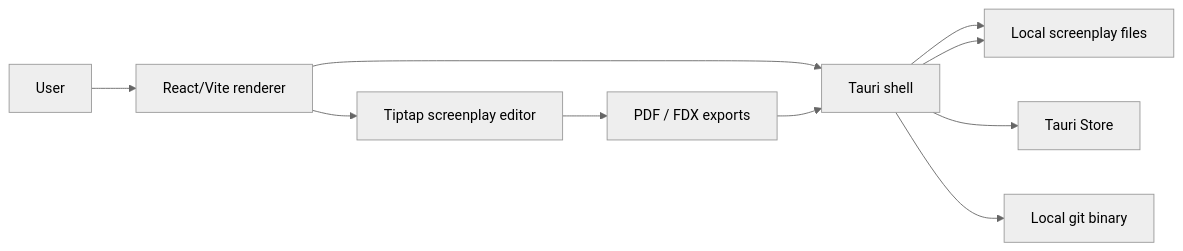
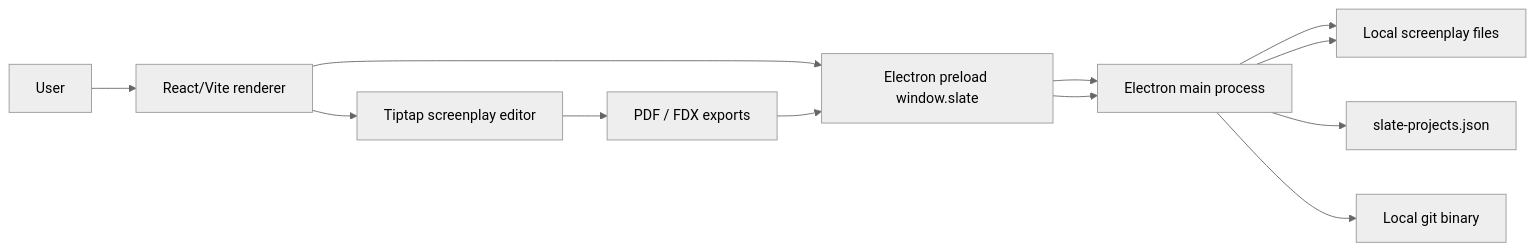
One commit to rckbrcls/slate changed the first of 2 diagrams in docs/architecture.md. Above: the diagram before and after it, drawn with Mermaid (neutral theme). The commit also changed other lines of this file and 64 other files, not shown here.

Commit message:
Migrate desktop shell to Electron

````diff
--- a/docs/architecture.md
+++ b/docs/architecture.md
@@ -12,21 +13,24 @@
 ```mermaid
 flowchart LR
   User["User"]
   Renderer["React/Vite renderer"]
   Editor["Tiptap screenplay editor"]
-  Tauri["Tauri shell"]
+  Preload["Electron preload window.slate"]
+  Main["Electron main process"]
   Disk["Local screenplay files"]
-  Store["Tauri Store"]
+  Store["slate-projects.json"]
   Git["Local git binary"]
   Exports["PDF / FDX exports"]
 
   User --> Renderer
   Renderer --> Editor
-  Renderer --> Tauri
-  Tauri --> Disk
-  Tauri --> Store
-  Tauri --> Git
+  Renderer --> Preload
+  Preload --> Main
+  Main --> Disk
+  Main --> Store
+  Main --> Git
   Editor --> Exports
-  Exports --> Tauri
-  Tauri --> Disk
+  Exports --> Preload
+  Preload --> Main
+  Main --> Disk
 ```
````
